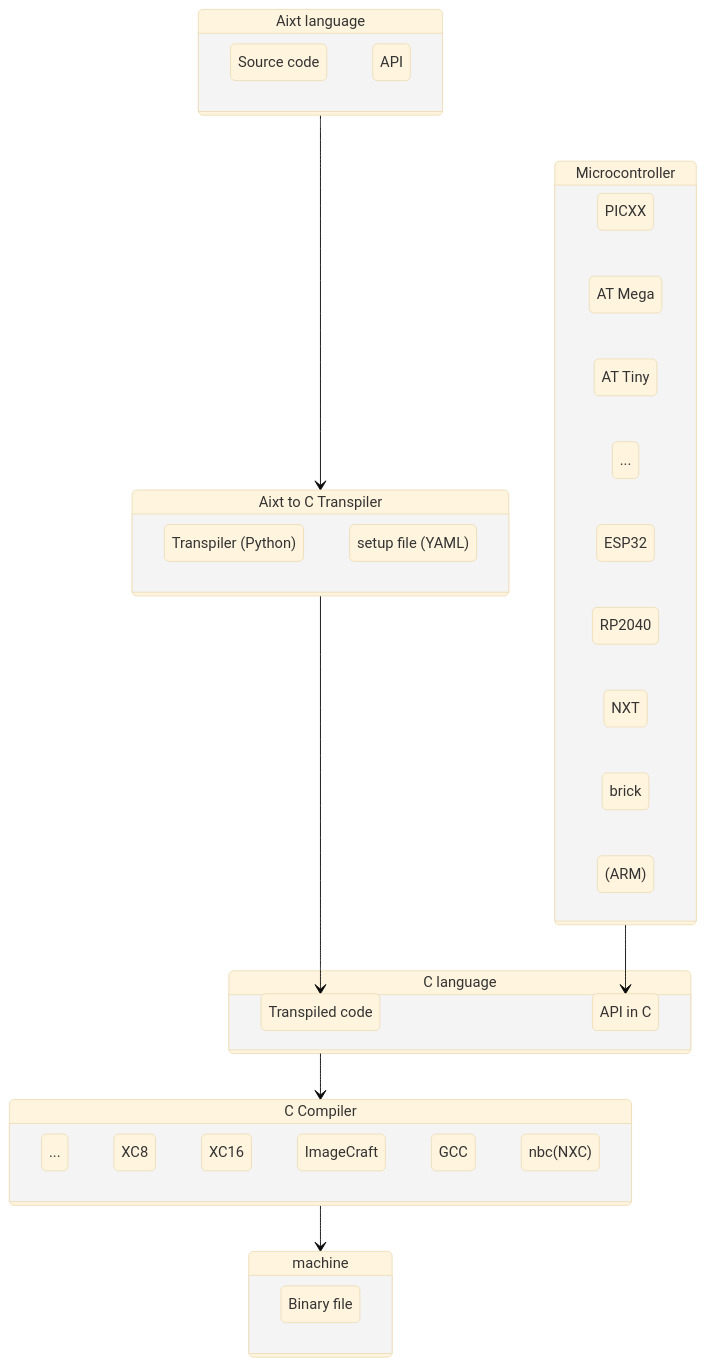
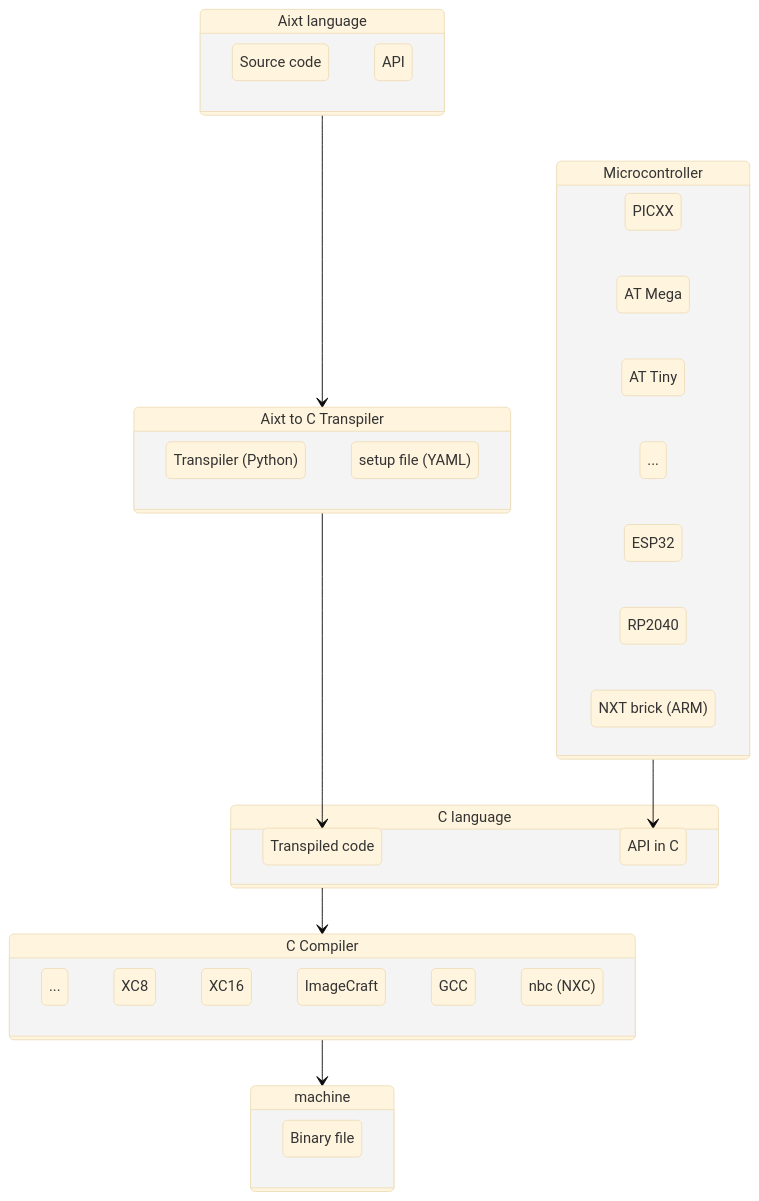
One commit to fermarsan/aixt changed the diagram in README.md. Above: the diagram before and after it, drawn with Mermaid (base theme).

Commit message:
Diagram update

````diff
--- a/README.md
+++ b/README.md
@@ -9,57 +9,57 @@
 ```mermaid
 stateDiagram-v2
 
     Aixt: Aixt language
     state Aixt {
         source: Source code
         API
     }
 
     Aixt2C: Aixt to C Transpiler
     state Aixt2C {
         Transpiler: Transpiler (Python)
         setup: setup file (YAML)
     }
 
     C: C language
     state C {
         Tr_Code: Transpiled code
         API_C: API in C
     }
 
     state Microcontroller {
         direction RL
         PICs: PICXX
         ATM: AT Mega
         ATT: AT Tiny
         others2: ...
         ESP32
         RP2040
-        NXT brick (ARM) 
+        NXT: NXT brick (ARM) 
     }
 
     C_Compiler: C Compiler
     state C_Compiler {
         others: ...
         XC8  
         XC16 
         ImageCraft
         GCC  
         others 
-        nbc(NXC) 
+        nbc: nbc (NXC) 
     }
     
     machine
     state machine {
         BF: Binary file
     }
     
-    Aixt     --> Aixt2C 
+    Aixt    --> Aixt2C 
     Aixt2C  --> Tr_Code
 
-    C     --> C_Compiler
+    C       --> C_Compiler
 
     C_Compiler  --> machine
 
     Microcontroller --> API_C
 ```
````
